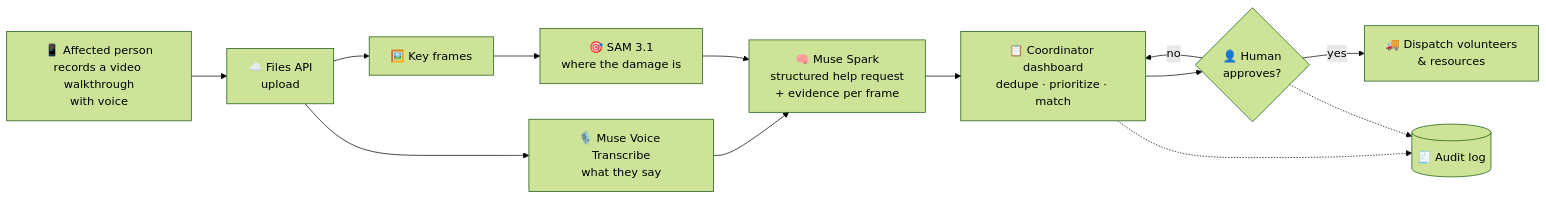
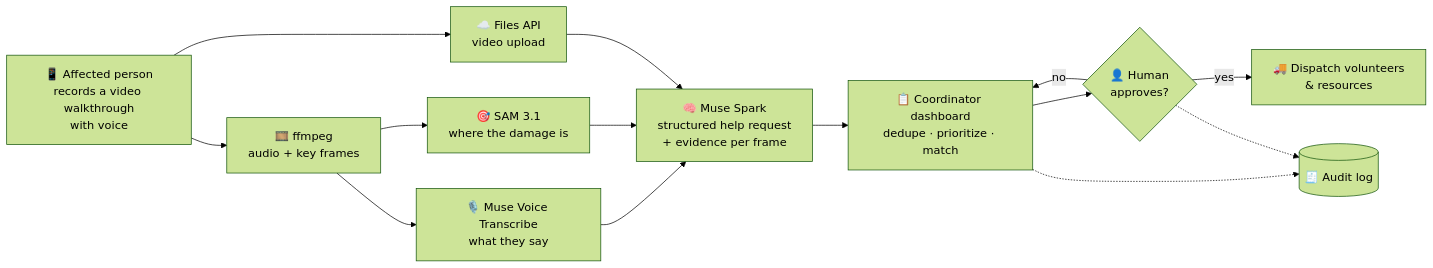
One commit to SapSaeta/relief-net changed the first of 4 diagrams in README.md. Above: the diagram before and after it, drawn with Mermaid (forest theme). The commit also changed other lines of this file and 3 other files, not shown here.

````diff
--- a/README.md
+++ b/README.md
@@ -31,14 +31,16 @@
 ```mermaid
 flowchart LR
-    A["📱 Affected person<br/>records a video walkthrough<br/>with voice"] --> B["☁️ Files API<br/>upload"]
-    B --> C["🎙️ Muse Voice Transcribe<br/>what they say"]
-    B --> D["🖼️ Key frames"] --> E["🎯 SAM 3.1<br/>where the damage is"]
+    A["📱 Affected person<br/>records a video walkthrough<br/>with voice"] --> P["🎞️ ffmpeg<br/>audio + key frames"]
+    P --> C["🎙️ Muse Voice Transcribe<br/>what they say"]
+    P --> E["🎯 SAM 3.1<br/>where the damage is"]
+    A --> B["☁️ Files API<br/>video upload"]
     C --> F["🧠 Muse Spark<br/>structured help request<br/>+ evidence per frame"]
     E --> F
+    B --> F
     F --> G["📋 Coordinator dashboard<br/>dedupe · prioritize · match"]
     G --> H{"👤 Human<br/>approves?"}
     H -- yes --> I["🚚 Dispatch volunteers<br/>& resources"]
     H -- no --> G
     G -.-> J[("🧾 Audit log")]
     H -.-> J
 ```
````
